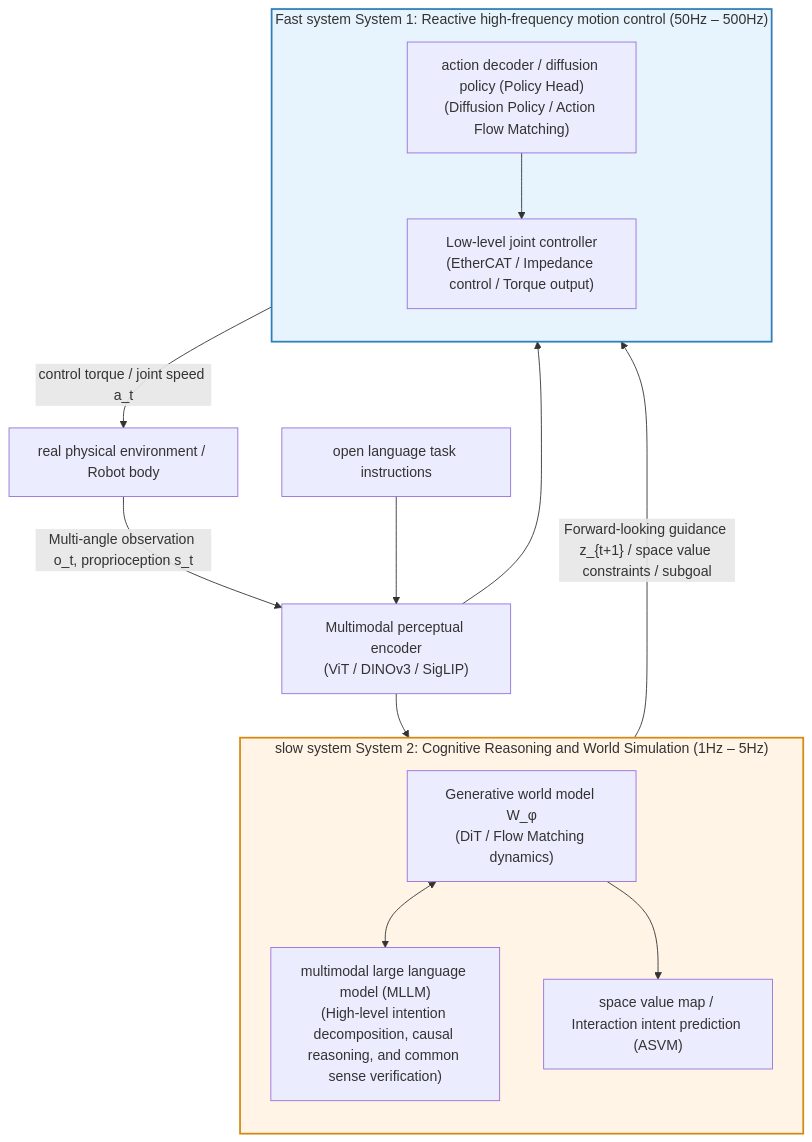
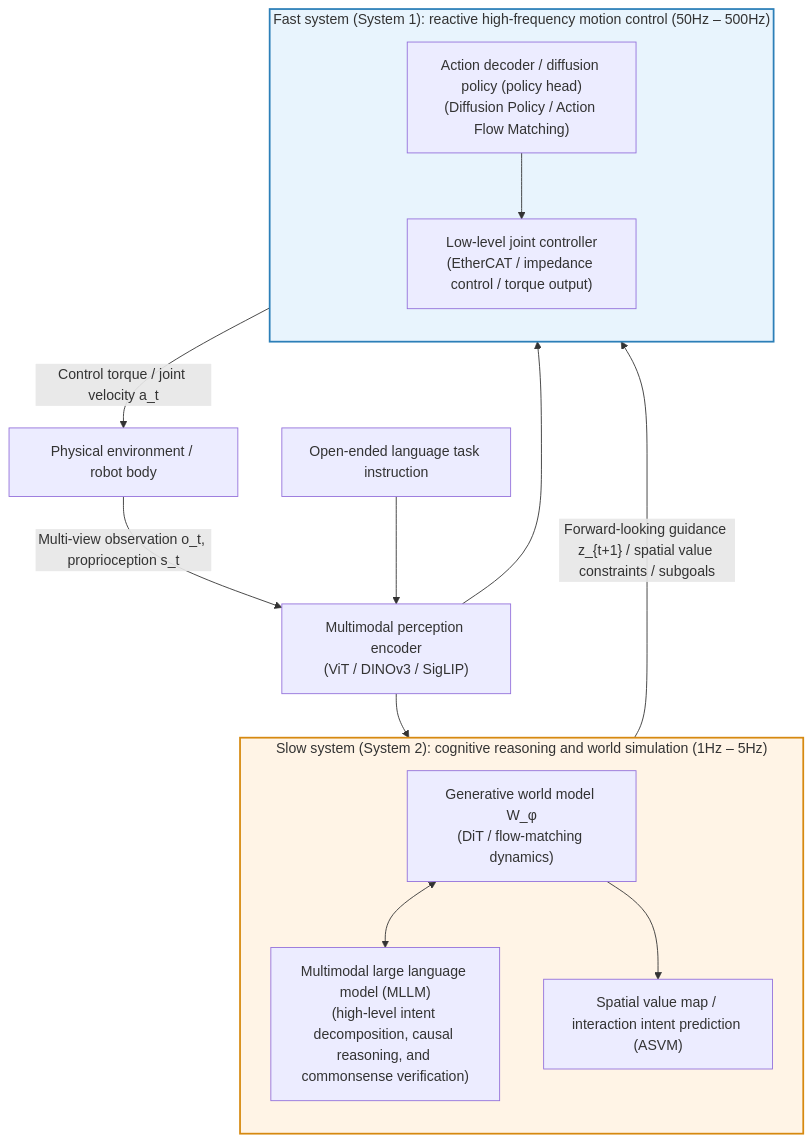
One commit to TingdeLiu/tingdeliu.github.io changed the second of 11 diagrams in _translations/en/research/World-Models-Survey.md. Above: the diagram before and after it, drawn with Mermaid. The commit also changed other lines of this file and 51 other files, not shown here.

````diff
--- a/_translations/en/research/World-Models-Survey.md
+++ b/_translations/en/research/World-Models-Survey.md
@@ -180,30 +180,30 @@
 ```mermaid
 flowchart TD
-    Env["real physical environment / Robot body"] -->|"Multi-angle observation o_t, proprioception s_t"| Perception["Multimodal perceptual encoder\n(ViT / DINOv3 / SigLIP)"]
-    Instruct["open language task instructions"] --> Perception
+    Env["Physical environment / robot body"] -->|"Multi-view observation o_t, proprioception s_t"| Perception["Multimodal perception encoder\n(ViT / DINOv3 / SigLIP)"]
+    Instruct["Open-ended language task instruction"] --> Perception
 
-    subgraph System2["slow system System 2: Cognitive Reasoning and World Simulation (1Hz – 5Hz)"]
+    subgraph System2["Slow system (System 2): cognitive reasoning and world simulation (1Hz – 5Hz)"]
         direction TB
-        WM["Generative world model W_φ\n(DiT / Flow Matching dynamics)"]
-        VLM["multimodal large language model (MLLM)\n(High-level intention decomposition, causal reasoning, and common sense verification)"]
-        ValueMap["space value map / Interaction intent prediction (ASVM)"]
+        WM["Generative world model W_φ\n(DiT / flow-matching dynamics)"]
+        VLM["Multimodal large language model (MLLM)\n(high-level intent decomposition, causal reasoning, and commonsense verification)"]
+        ValueMap["Spatial value map / interaction intent prediction (ASVM)"]
         WM <--> VLM
         WM --> ValueMap
     end
 
     Perception --> System2
     Perception --> System1
 
-    subgraph System1["Fast system System 1: Reactive high-frequency motion control (50Hz – 500Hz)"]
+    subgraph System1["Fast system (System 1): reactive high-frequency motion control (50Hz – 500Hz)"]
         direction TB
-        Policy["action decoder / diffusion policy (Policy Head)\n(Diffusion Policy / Action Flow Matching)"]
-        LowCtrl["Low-level joint controller\n(EtherCAT / Impedance control / Torque output)"]
+        Policy["Action decoder / diffusion policy (policy head)\n(Diffusion Policy / Action Flow Matching)"]
+        LowCtrl["Low-level joint controller\n(EtherCAT / impedance control / torque output)"]
         Policy --> LowCtrl
     end
 
-    System2 -->|"Forward-looking guidance z_{t+1} / space value constraints / subgoal"| Policy
-    LowCtrl -->|"control torque / joint speed a_t"| Env
+    System2 -->|"Forward-looking guidance z_{t+1} / spatial value constraints / subgoals"| Policy
+    LowCtrl -->|"Control torque / joint velocity a_t"| Env
 
     style System2 fill:#fff4e6,stroke:#d68910,stroke-width:2px
     style System1 fill:#e8f4fd,stroke:#2c7fb8,stroke-width:2px
 ```
````
